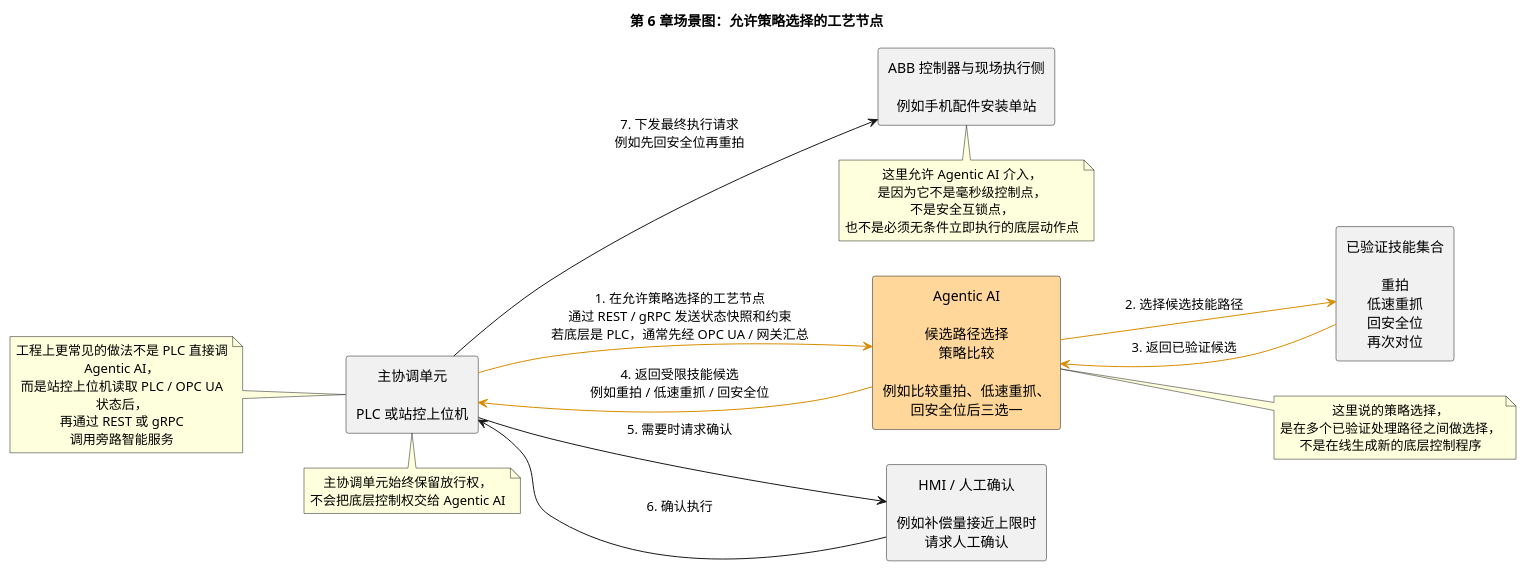
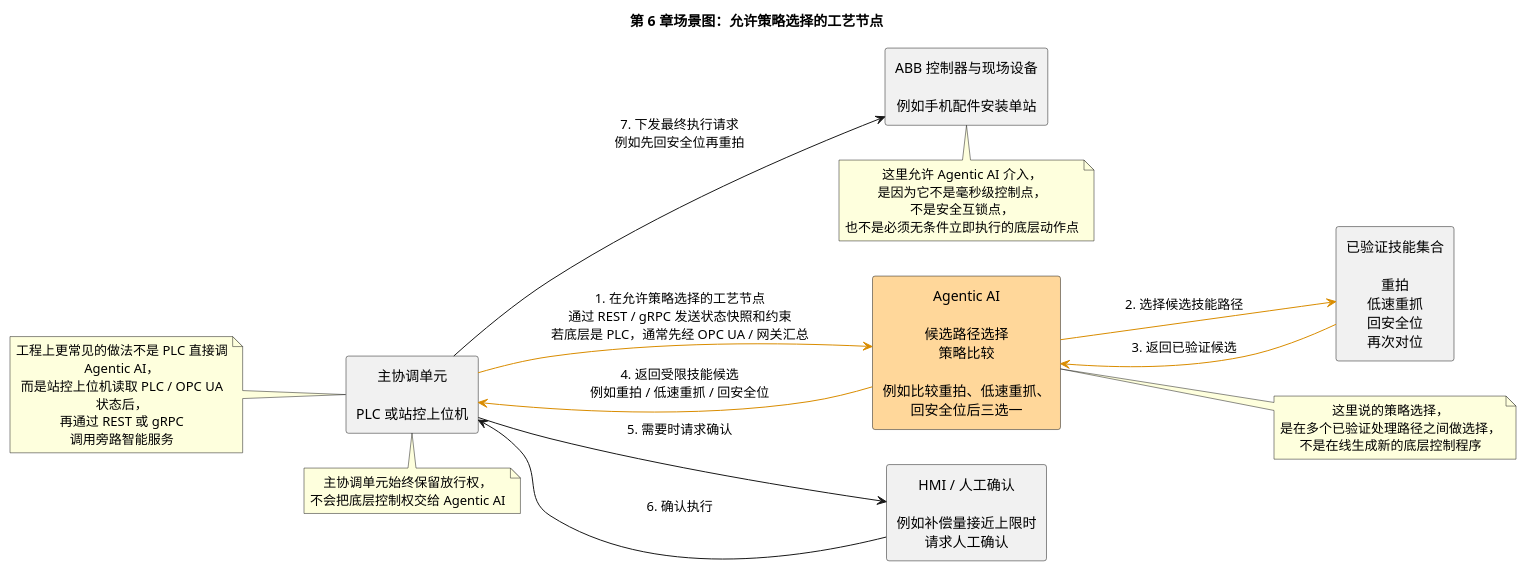
The diagram in content/posts/embodied-ai/abb-isaac-agent-flexible-manufacturing-ai-first/diagrams/abb-isaac-agent-flexible-manufacturing-ai-first-06-noncritical-step-strategy-selection.puml (coolbeevip/coolbeevip.github.io), drawn with PlantUML before and after one commit. The commit also changed 7 other files, not shown here.

```diff
--- a/content/posts/embodied-ai/abb-isaac-agent-flexible-manufacturing-ai-first/diagrams/abb-isaac-agent-flexible-manufacturing-ai-first-06-noncritical-step-strategy-selection.puml
+++ b/content/posts/embodied-ai/abb-isaac-agent-flexible-manufacturing-ai-first/diagrams/abb-isaac-agent-flexible-manufacturing-ai-first-06-noncritical-step-strategy-selection.puml
@@ -1,46 +1,46 @@
 @startuml
 title 第 6 章场景图：允许策略选择的工艺节点
 left to right direction
 skinparam shadowing false
 skinparam packageStyle rectangle
 skinparam defaultTextAlignment center
 skinparam wrapWidth 220
 
 rectangle "主协调单元\n\nPLC 或站控上位机" as LOOP
 rectangle "Agentic AI\n\n候选路径选择\n策略比较\n\n例如比较重拍、低速重抓、\n回安全位后三选一" as APP #FFD79A
 rectangle "已验证技能集合\n\n重拍\n低速重抓\n回安全位\n再次对位" as SKILL
-rectangle "ABB 控制器与现场执行侧\n\n例如手机配件安装单站" as EXEC
+rectangle "ABB 控制器与现场设备\n\n例如手机配件安装单站" as EXEC
 rectangle "HMI / 人工确认\n\n例如补偿量接近上限时\n请求人工确认" as HMI
 
 LOOP -[#D98C00]-> APP : 1. 在允许策略选择的工艺节点\n通过 REST / gRPC 发送状态快照和约束\n若底层是 PLC，通常先经 OPC UA / 网关汇总
 APP -[#D98C00]-> SKILL : 2. 选择候选技能路径
 SKILL -[#D98C00]-> APP : 3. 返回已验证候选
 APP -[#D98C00]-> LOOP : 4. 返回受限技能候选\n例如重拍 / 低速重抓 / 回安全位
 LOOP --> HMI : 5. 需要时请求确认
 HMI --> LOOP : 6. 确认执行
 LOOP --> EXEC : 7. 下发最终执行请求\n例如先回安全位再重拍
 
 note bottom of LOOP
 主协调单元始终保留放行权，
 不会把底层控制权交给 Agentic AI
 end note
 
 note left of LOOP
 工程上更常见的做法不是 PLC 直接调 Agentic AI，
 而是站控上位机读取 PLC / OPC UA 状态后，
 再通过 REST 或 gRPC 调用旁路智能服务
 end note
 
 note right of APP
 这里说的策略选择，
 是在多个已验证处理路径之间做选择，
 不是在线生成新的底层控制程序
 end note
 
 note bottom of EXEC
 这里允许 Agentic AI 介入，
 是因为它不是毫秒级控制点，
 不是安全互锁点，
 也不是必须无条件立即执行的底层动作点
 end note
 @enduml
```
